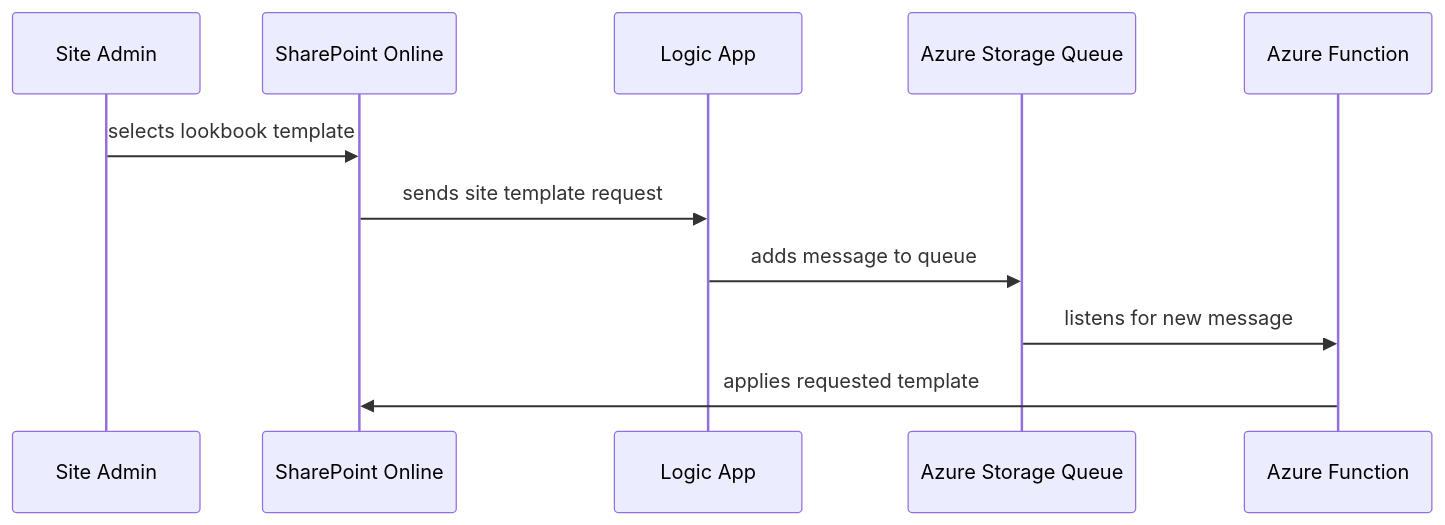
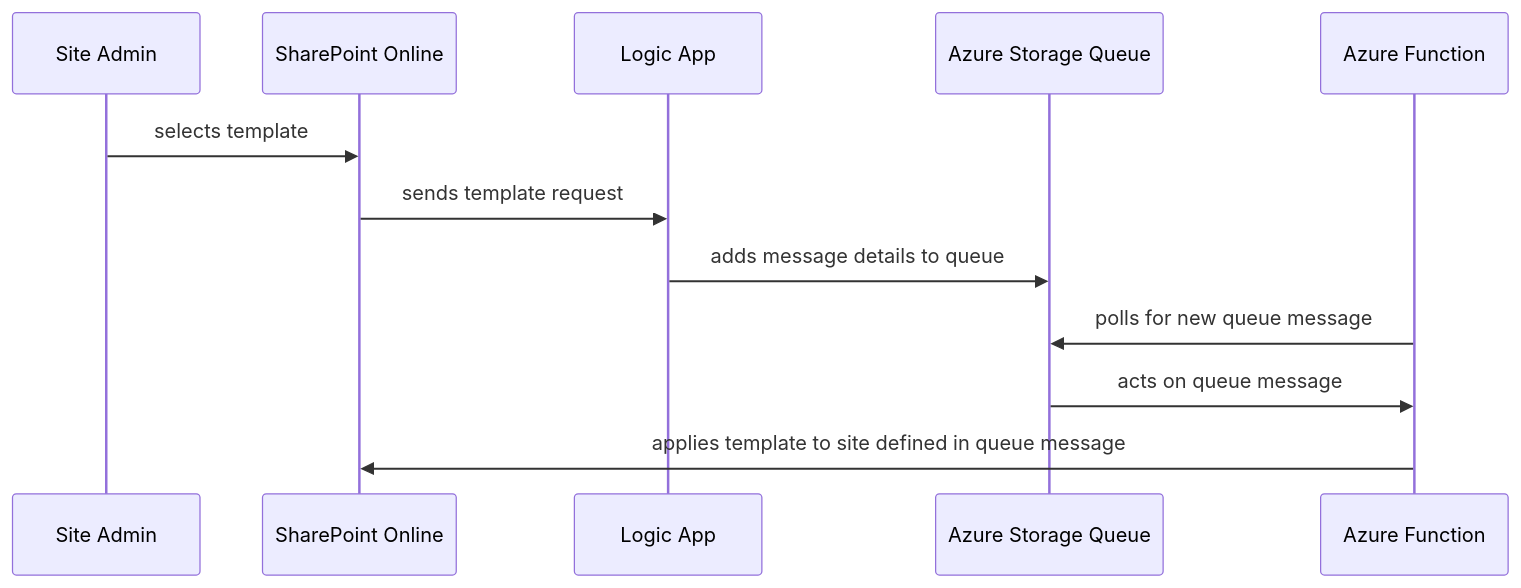
The diagram in README.md (joerodgers/spo-lookbook-template-applicator), drawn with Mermaid before and after one commit.

````diff
--- a/README.md
+++ b/README.md
@@ -4,13 +4,14 @@
 ```mermaid
 sequenceDiagram
-    user->>spo: selects lookbook template 
+    user->>spo: selects template 
     participant spo   as SharePoint Online
     participant logic as Logic App
     participant queue as Azure Storage Queue
     participant func  as Azure Function
     participant user  as Site Admin
-    spo->>logic:   sends site template request
-    logic->>queue: adds message to queue
-    queue->>func:  listens for new message
-    func->>spo:    applies requested template
+    spo->>logic: sends template request
+    logic->>queue: adds message details to queue
+    func->>queue: polls for new queue message
+    queue->>func: acts on queue message
+    func->>spo: applies template to site defined in queue message
 ```
````
